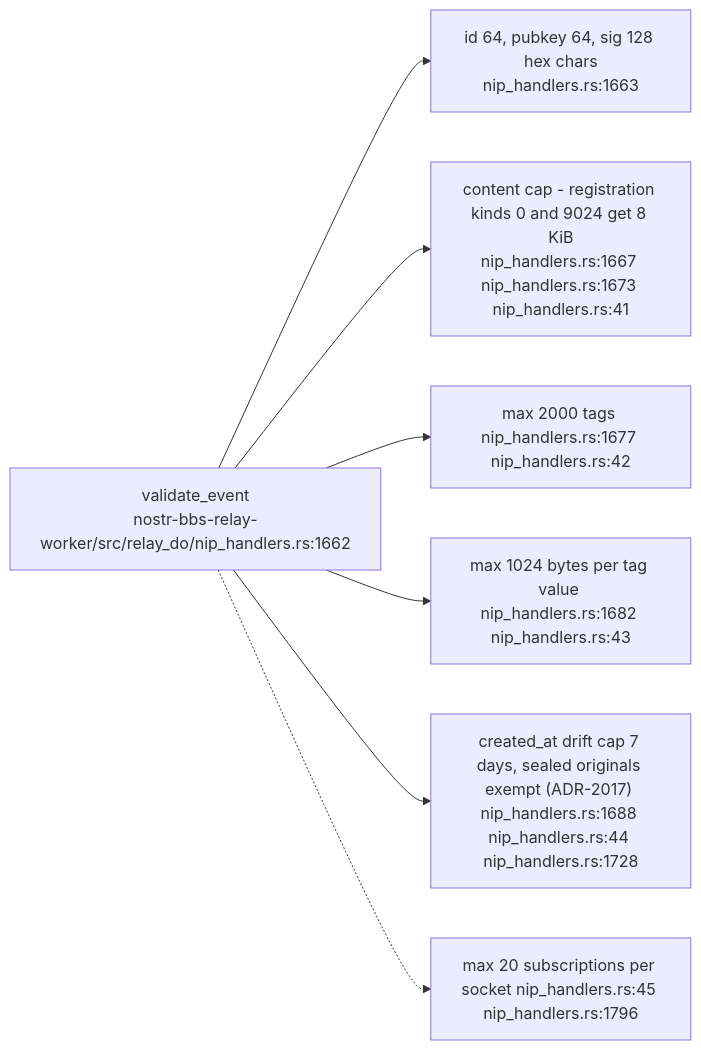
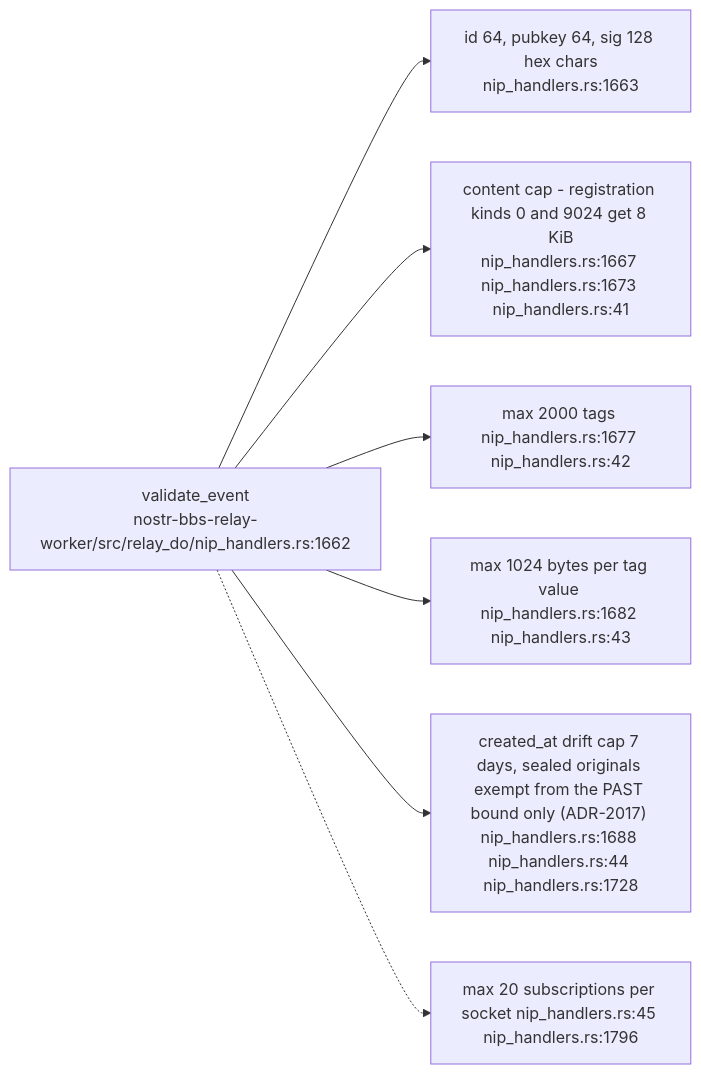
Before and after one commit to DreamLab-AI/VisionFlow: diagram 11 of 14 in docs/diagrams/nostr-rust-forum/03-relay-worker-admission-auth-and-trust.md, drawn with Mermaid. The commit also changed other lines of this file and 91 other files, not shown here.

````diff
--- a/docs/diagrams/nostr-rust-forum/03-relay-worker-admission-auth-and-trust.md
+++ b/docs/diagrams/nostr-rust-forum/03-relay-worker-admission-auth-and-trust.md
@@ -334,13 +335,13 @@
 ```mermaid
 flowchart LR
     V["validate_event<br/>nostr-bbs-relay-worker/src/relay_do/nip_handlers.rs:1662"]
     L1["id 64, pubkey 64, sig 128 hex chars<br/>nip_handlers.rs:1663"]
     L2["content cap - registration kinds 0 and 9024 get 8 KiB<br/>nip_handlers.rs:1667 nip_handlers.rs:1673 nip_handlers.rs:41"]
     L3["max 2000 tags nip_handlers.rs:1677 nip_handlers.rs:42"]
     L4["max 1024 bytes per tag value nip_handlers.rs:1682 nip_handlers.rs:43"]
-    L5["created_at drift cap 7 days, sealed originals exempt (ADR-2017) nip_handlers.rs:1688 nip_handlers.rs:44 nip_handlers.rs:1728"]
+    L5["created_at drift cap 7 days, sealed originals exempt from the PAST bound only (ADR-2017) nip_handlers.rs:1688 nip_handlers.rs:44 nip_handlers.rs:1728"]
     L6["max 20 subscriptions per socket nip_handlers.rs:45 nip_handlers.rs:1796"]
 
     V --> L1 & L2 & L3 & L4 & L5
     V -.-> L6
 ```
````
